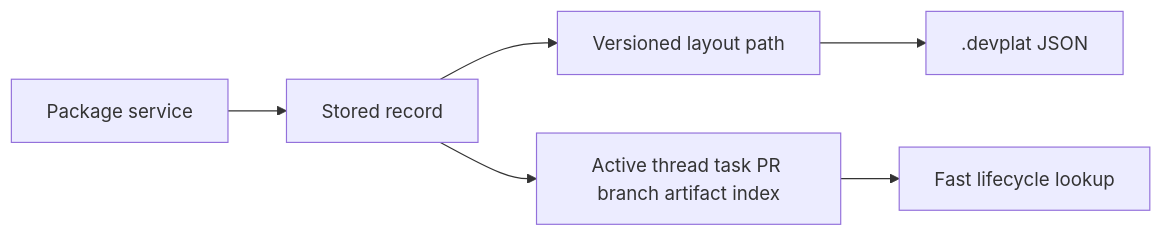
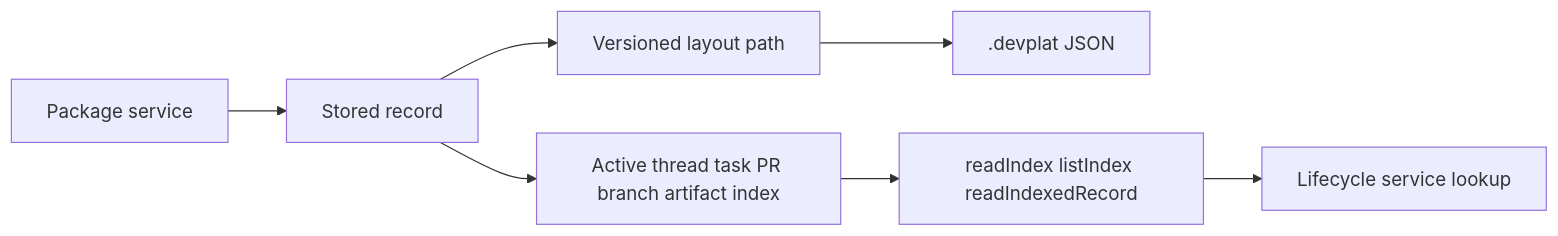
Before and after one commit to VannaDii/ironloom: the diagram in packages/storage/README.md, drawn with Mermaid. The commit also changed other lines of this file and 99 other files, not shown here.

````diff
--- a/packages/storage/README.md
+++ b/packages/storage/README.md
@@ -11,8 +13,9 @@
 ```mermaid
 flowchart LR
   Service[Package service] --> Record[Stored record]
   Record --> Layout[Versioned layout path]
   Record --> Index[Active thread task PR branch artifact index]
   Layout --> Disk[.devplat JSON]
-  Index --> Lookup[Fast lifecycle lookup]
+  Index --> Lookup[readIndex listIndex readIndexedRecord]
+  Lookup --> Caller[Lifecycle service lookup]
 ```
````
